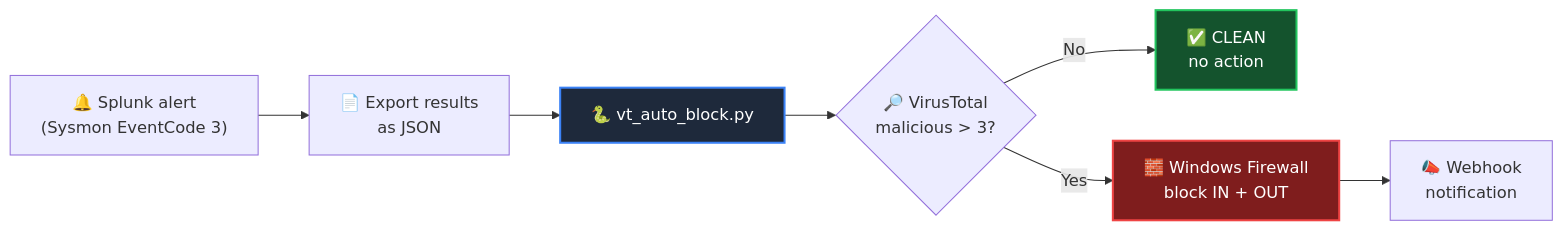
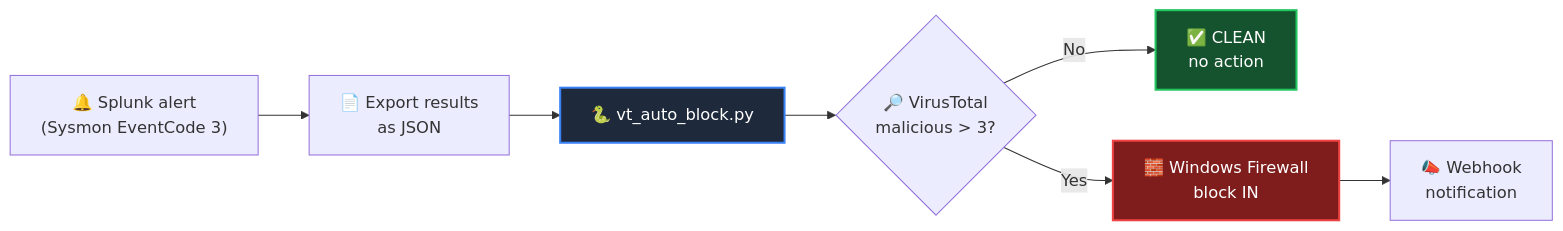
The second of 2 diagrams in README.md (PoeticLinee/soc-detection-lab), drawn with Mermaid before and after one commit. The commit also changed other lines of this file, not shown here.

````diff
--- a/README.md
+++ b/README.md
@@ -301,13 +301,13 @@
 ```mermaid
 graph LR
     A["🔔 Splunk alert<br/>(Sysmon EventCode 3)"] --> B["📄 Export results<br/>as JSON"]
     B --> C["🐍 vt_auto_block.py"]
     C --> D{"🔎 VirusTotal<br/>malicious > 3?"}
     D -- "No" --> E["✅ CLEAN<br/>no action"]
-    D -- "Yes" --> F["🧱 Windows Firewall<br/>block IN + OUT"]
+    D -- "Yes" --> F["🧱 Windows Firewall<br/>block IN"]
     F --> G["📣 Webhook<br/>notification"]
  
     style C fill:#1e293b,stroke:#3b82f6,stroke-width:2px,color:#fff
     style F fill:#7f1d1d,stroke:#ef4444,stroke-width:2px,color:#fff
     style E fill:#14532d,stroke:#22c55e,stroke-width:2px,color:#fff
 ```
````
